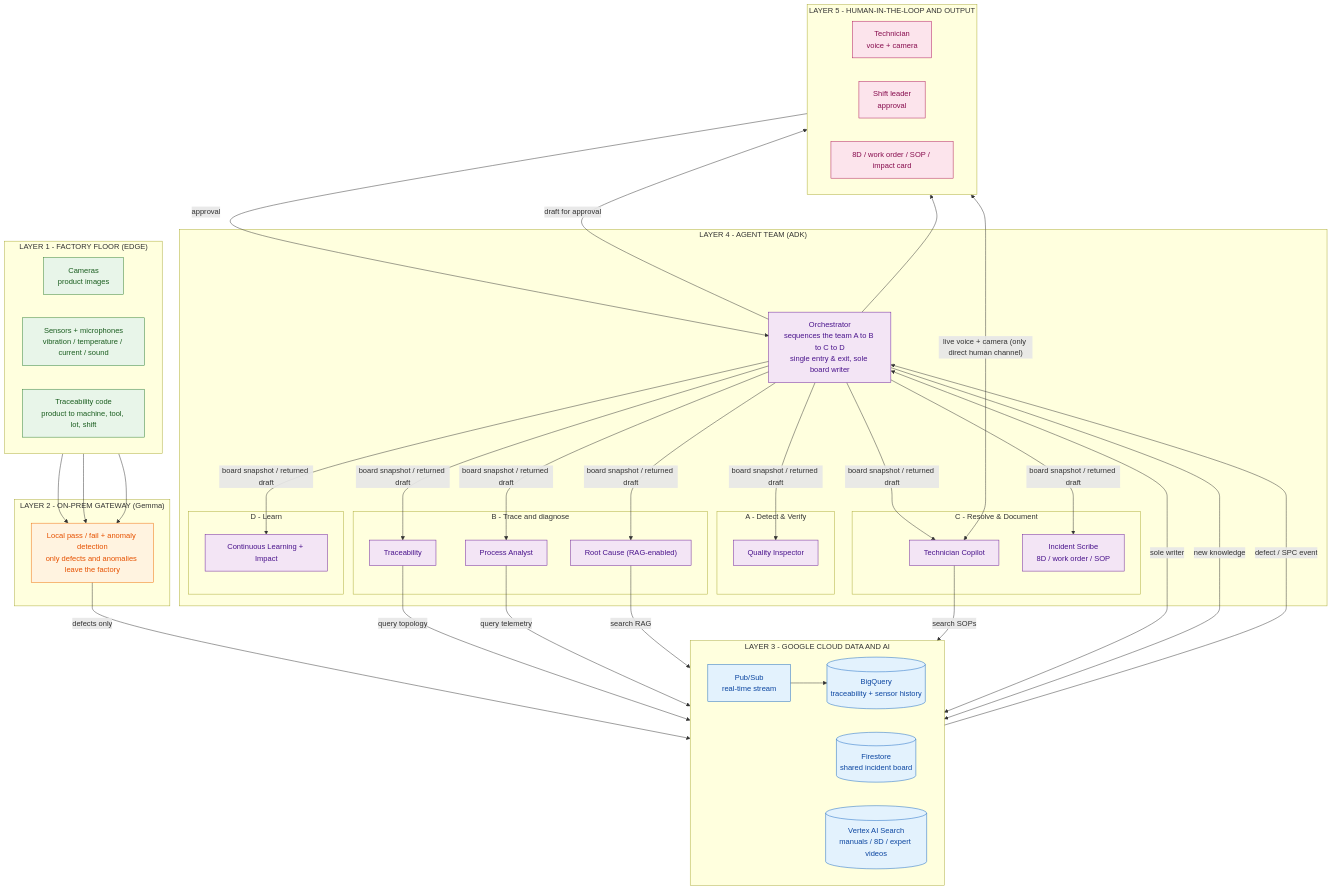
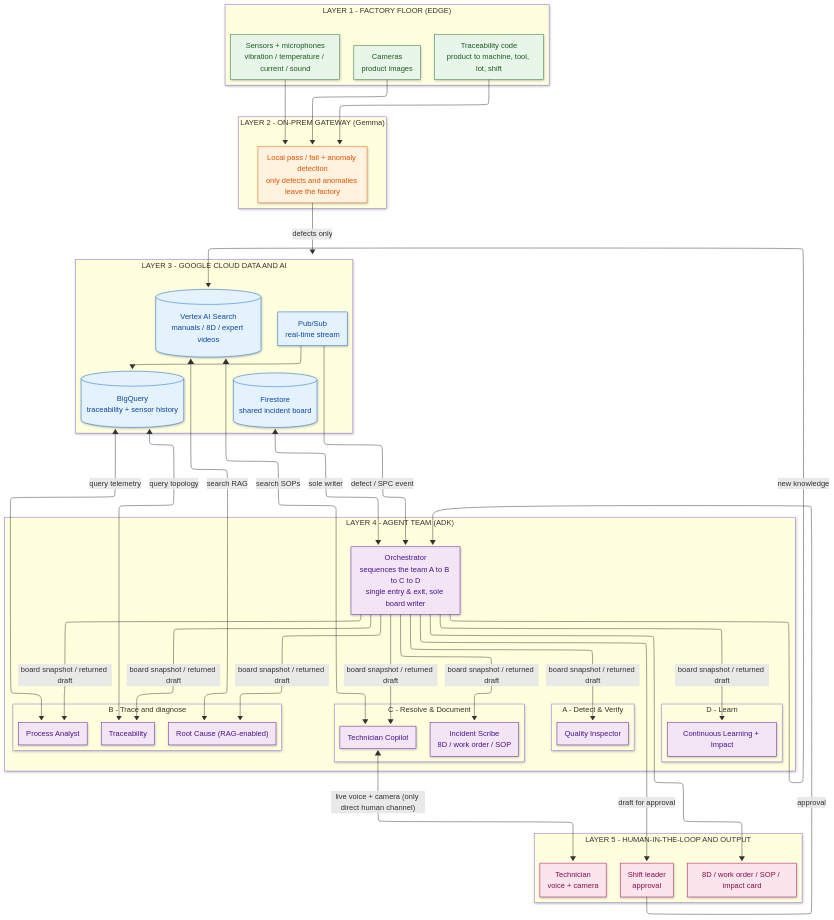
One commit to vanduc2514/hackathon-builder-cup-manufacturing-anomaly changed the diagram in docs/kaizen-agent-layers.mmd. Above: the diagram before and after it, drawn with Mermaid. The commit also changed 5 other files, not shown here.

First line of the commit message:
docs: render diagrams with elk layout in top-down layer order

```diff
--- a/docs/kaizen-agent-layers.mmd
+++ b/docs/kaizen-agent-layers.mmd
@@ -1,82 +1,87 @@
+---
+config:
+  layout: elk
+  look: neo
+---
 flowchart TB
     %% ================= LAYER 1 - EDGE =================
     subgraph L1["LAYER 1 - FACTORY FLOOR (EDGE)"]
         direction LR
         CAM["Cameras<br/>product images"]
         SENS["Sensors + microphones<br/>vibration / temperature / current / sound"]
         TAG["Traceability code<br/>product to machine, tool, lot, shift"]
     end
 
     %% ================= LAYER 2 - ON-PREM GATEWAY =================
     subgraph L2["LAYER 2 - ON-PREM GATEWAY (Gemma)"]
         GW["Local pass / fail + anomaly detection<br/>only defects and anomalies leave the factory"]
     end
 
     %% ================= LAYER 3 - CLOUD DATA =================
     subgraph L3["LAYER 3 - GOOGLE CLOUD DATA AND AI"]
         direction LR
         PS["Pub/Sub<br/>real-time stream"]
         BQ[("BigQuery<br/>traceability + sensor history")]
         FS[("Firestore<br/>shared incident board")]
         KB[("Vertex AI Search<br/>manuals / 8D / expert videos")]
     end
 
     %% ================= LAYER 4 - AGENTS =================
     subgraph L4["LAYER 4 - AGENT TEAM (ADK)"]
         ORCH["Orchestrator<br/>sequences the team A to B to C to D<br/>single entry & exit, sole board writer"]
         subgraph LA["A - Detect & Verify"]
             QA["Quality Inspector"]
         end
         subgraph LB["B - Trace and diagnose"]
             TRC["Traceability"]
             ANL["Process Analyst"]
             RCA["Root Cause (RAG-enabled)"]
         end
         subgraph LC["C - Resolve & Document"]
             COP["Technician Copilot"]
             DOC["Incident Scribe<br/>8D / work order / SOP"]
         end
         subgraph LD["D - Learn"]
             LRN["Continuous Learning + Impact"]
         end
     end
 
     %% ================= LAYER 5 - HUMAN =================
     subgraph L5["LAYER 5 - HUMAN-IN-THE-LOOP AND OUTPUT"]
         direction LR
         TECH["Technician<br/>voice + camera"]
         LEAD["Shift leader<br/>approval"]
         OUT["8D / work order / SOP / impact card"]
     end
 
     %% ================= PRIMARY FLOW =================
     CAM & SENS & TAG --> GW
     GW -->|"defects only"| PS
     PS --> BQ
     PS -->|"defect / SPC event"| ORCH
-    TRC -->|"query topology"| BQ
-    ANL -->|"query telemetry"| BQ
-    RCA -->|"search RAG"| KB
-    COP -->|"search SOPs"| KB
-    ORCH <-->|"sole writer"| FS
+    BQ <-->|"query topology"| TRC
+    BQ <-->|"query telemetry"| ANL
+    KB <-->|"search RAG"| RCA
+    KB <-->|"search SOPs"| COP
+    FS <-->|"sole writer"| ORCH
     ORCH -->|"board snapshot / returned draft"| QA & TRC & ANL & RCA & COP & DOC & LRN
 
     %% ================= HUMAN LOOP AND FEEDBACK =================
     COP <-->|"live voice + camera (only direct human channel)"| TECH
     ORCH -->|"draft for approval"| LEAD
     LEAD -->|"approval"| ORCH
     ORCH --> OUT
     ORCH -->|"new knowledge"| KB
 
     %% ================= STYLING =================
     classDef l1 fill:#E8F5E9,stroke:#2E7D32,color:#1B5E20
     classDef l2 fill:#FFF3E0,stroke:#EF6C00,color:#E65100
     classDef l3 fill:#E3F2FD,stroke:#1565C0,color:#0D47A1
     classDef l4 fill:#F3E5F5,stroke:#6A1B9A,color:#4A148C
     classDef l5 fill:#FCE4EC,stroke:#AD1457,color:#880E4F
 
     class CAM,SENS,TAG l1
     class GW l2
     class PS,BQ,FS,KB l3
     class ORCH,QA,TRC,ANL,RCA,COP,DOC,LRN l4
     class TECH,LEAD,OUT l5
```
